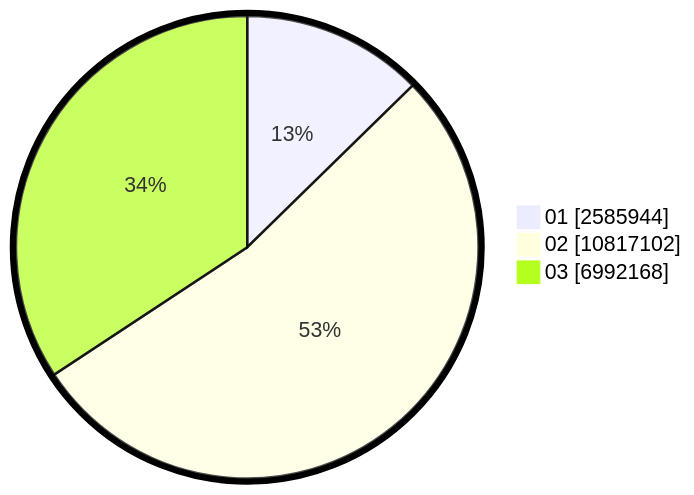
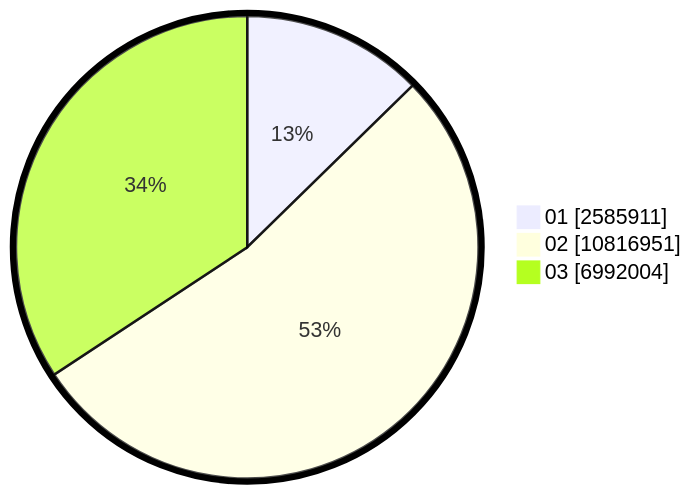
Before and after one commit to gigit-pemilu/pemilu-2024: the second of 2 diagrams in pilpres/hitung-suara/sub/table-wilayah-33.md, drawn with Mermaid. The commit also changed other lines of this file and 10 other files, not shown here.

````diff
--- a/pilpres/hitung-suara/sub/table-wilayah-33.md
+++ b/pilpres/hitung-suara/sub/table-wilayah-33.md
@@ -15,7 +15,7 @@
 ```mermaid
 %%{init: {"pie": {"textPosition": 0.5}, "themeVariables": {"pieOuterStrokeWidth": "5px"}} }%%
 pie showData
-    "01" : 2585944
-    "02" : 10817102
-    "03" : 6992168
+    "01" : 2585911
+    "02" : 10816951
+    "03" : 6992004
 ```
````
